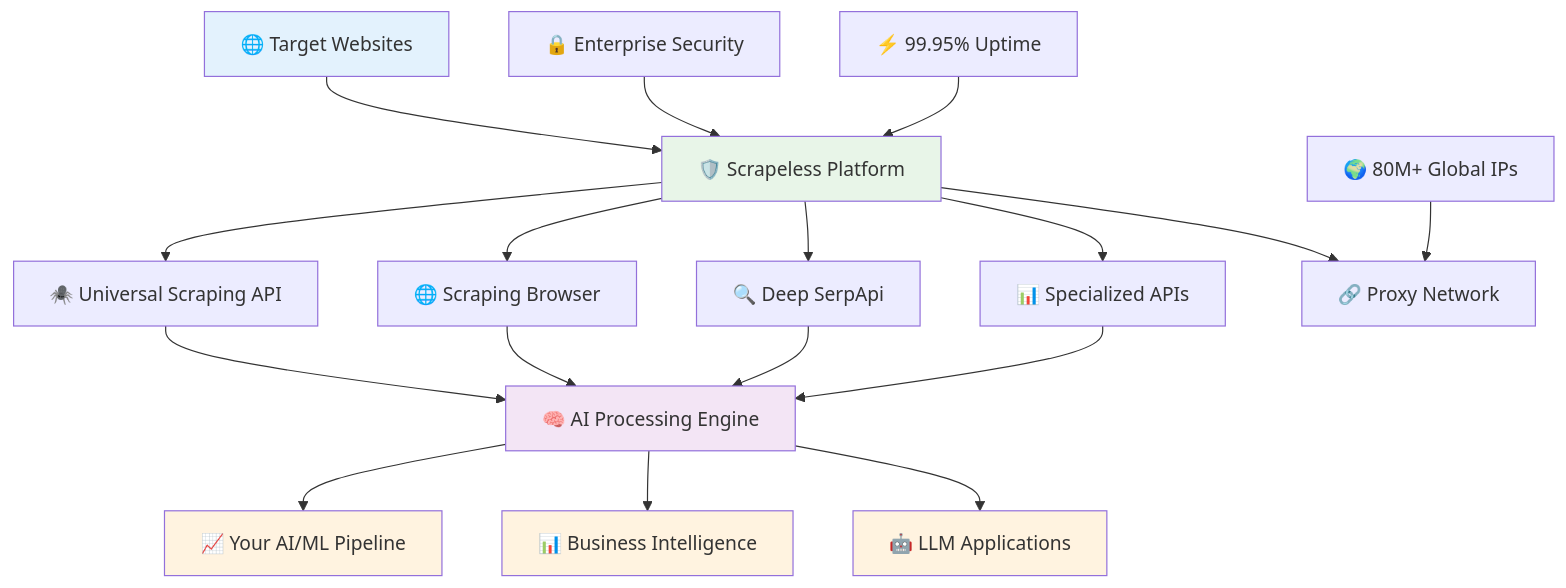
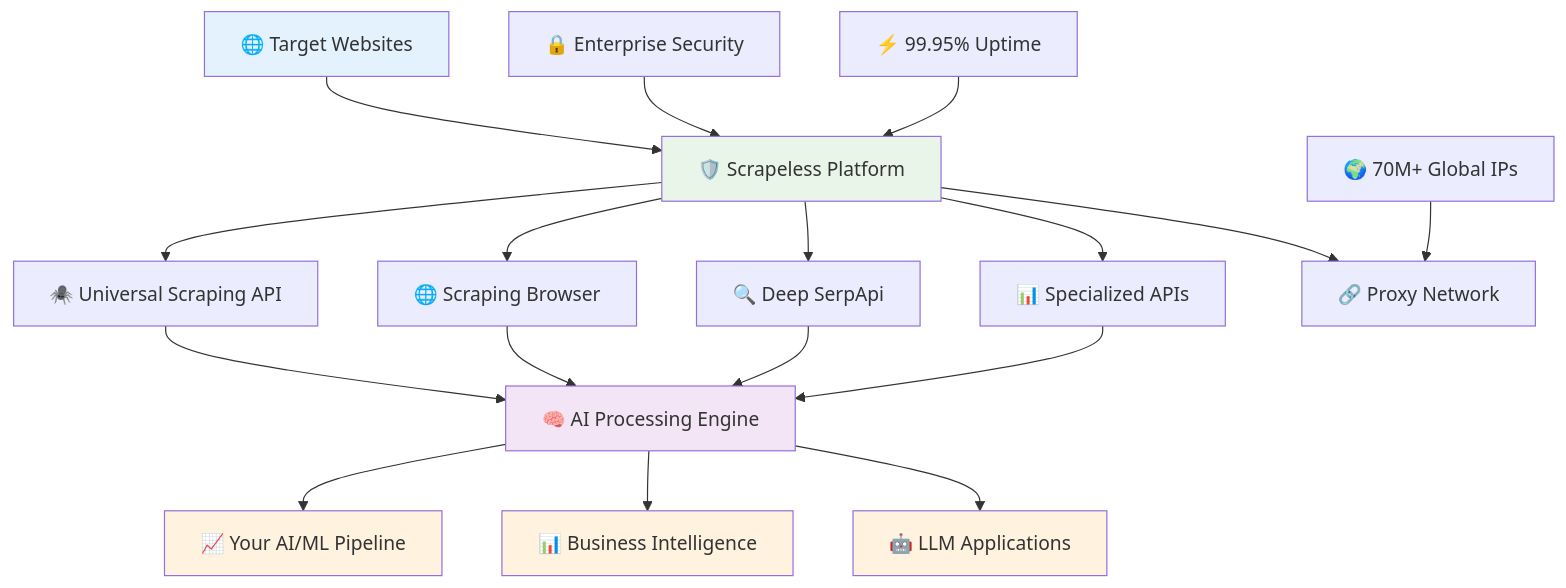
One commit to itsOwen/scrapeless changed the first of 10 diagrams in README.md. Above: the diagram before and after it, drawn with Mermaid. The commit also changed other lines of this file, not shown here.

````diff
--- a/README.md
+++ b/README.md
@@ -83,30 +83,30 @@
 ```mermaid
 graph TB
     A[🌐 Target Websites] --> B[🛡️ Scrapeless Platform]
     
     B --> C[🕷️ Universal Scraping API]
     B --> D[🌐 Scraping Browser] 
     B --> E[🔍 Deep SerpApi]
     B --> F[📊 Specialized APIs]
     B --> G[🔗 Proxy Network]
     
     C --> H[🧠 AI Processing Engine]
     D --> H
     E --> H
     F --> H
     
     H --> I[📈 Your AI/ML Pipeline]
     H --> J[📊 Business Intelligence]
     H --> K[🤖 LLM Applications]
     
-    L[🌍 80M+ Global IPs] --> G
+    L[🌍 70M+ Global IPs] --> G
     M[🔒 Enterprise Security] --> B
     N[⚡ 99.95% Uptime] --> B
     
     style A fill:#e3f2fd
     style B fill:#e8f5e8
     style H fill:#f3e5f5
     style I fill:#fff3e0
     style J fill:#fff3e0
     style K fill:#fff3e0
 ```
````
